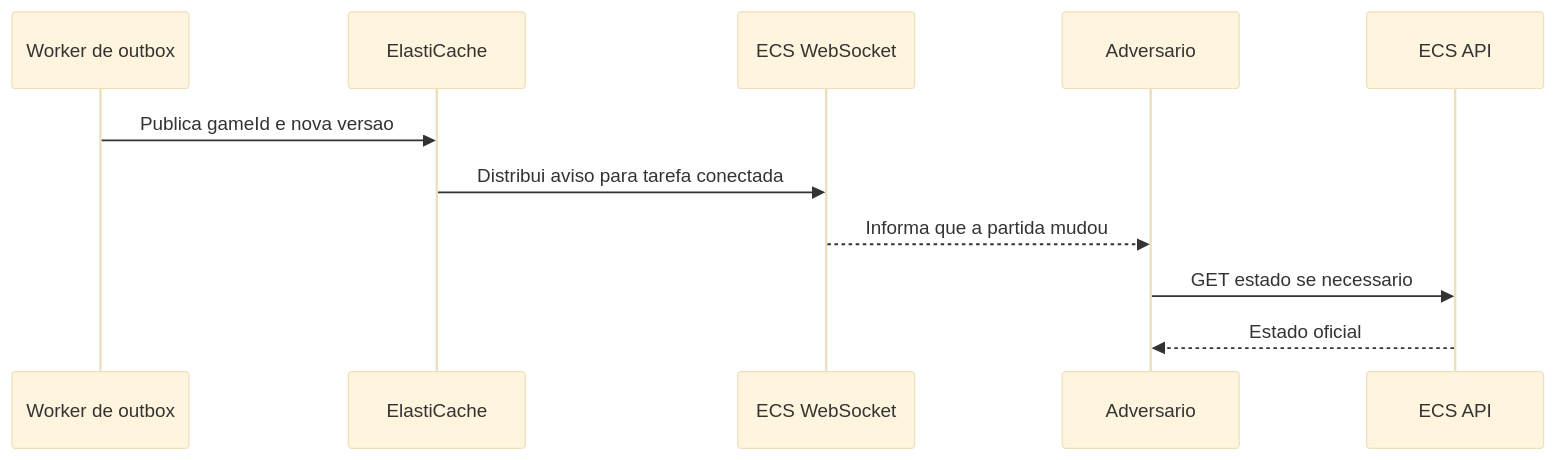
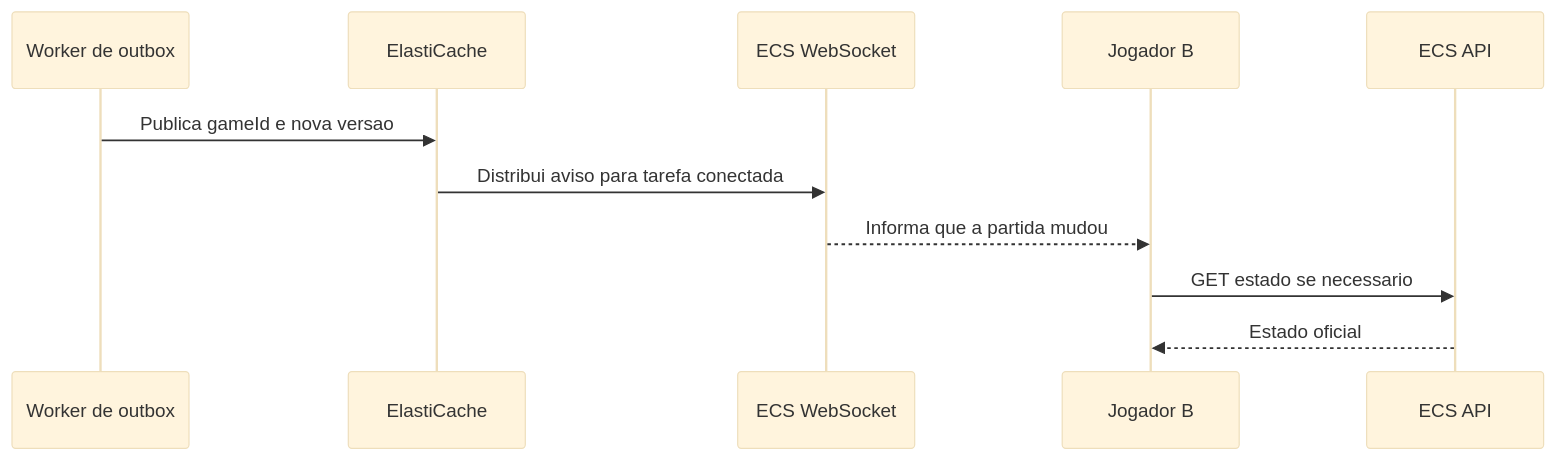
The third of 4 diagrams in docs/diagrams/aws-deployment-global.md (ralvesper/checkers-aws), drawn with Mermaid (base theme) before and after one commit. The commit also changed other lines of this file, not shown here.

````diff
--- a/docs/diagrams/aws-deployment-global.md
+++ b/docs/diagrams/aws-deployment-global.md
@@ -90,13 +90,13 @@
 ```mermaid
 sequenceDiagram
     participant O as Worker de outbox
     participant R as ElastiCache
     participant W as ECS WebSocket
-    participant B as Adversario
+    participant B as Jogador B
     participant API as ECS API
     O->>R: Publica gameId e nova versao
     R->>W: Distribui aviso para tarefa conectada
     W-->>B: Informa que a partida mudou
     B->>API: GET estado se necessario
     API-->>B: Estado oficial
 ```
````
